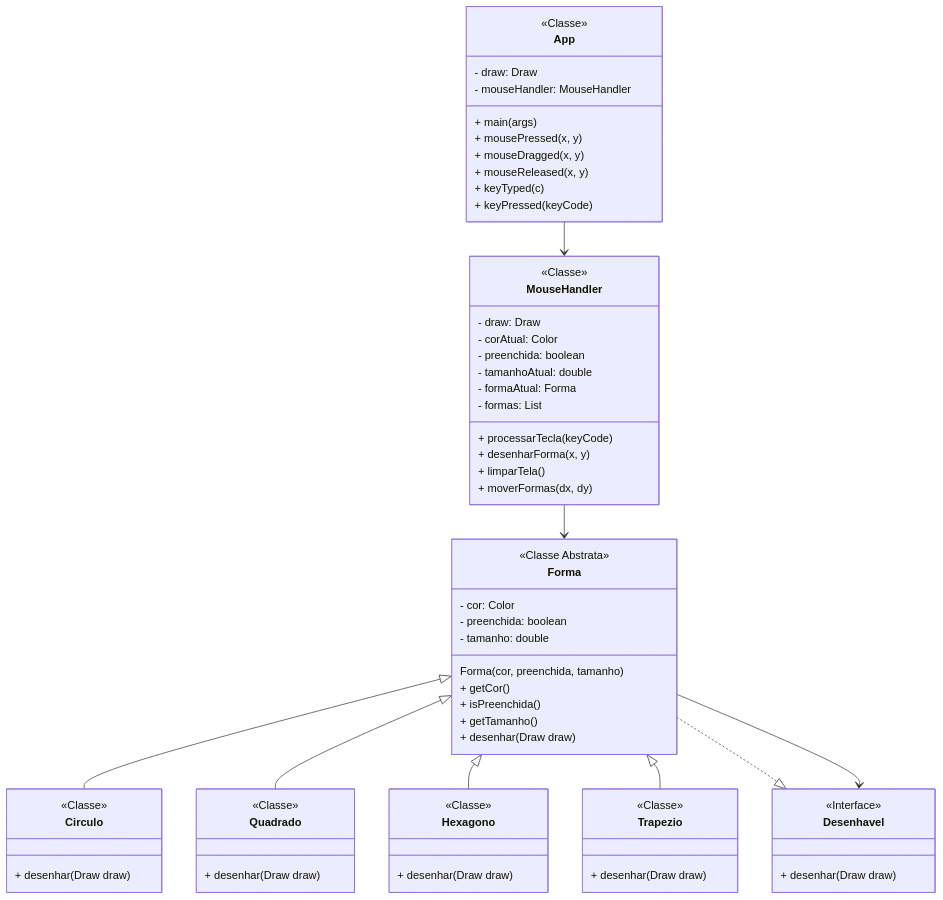
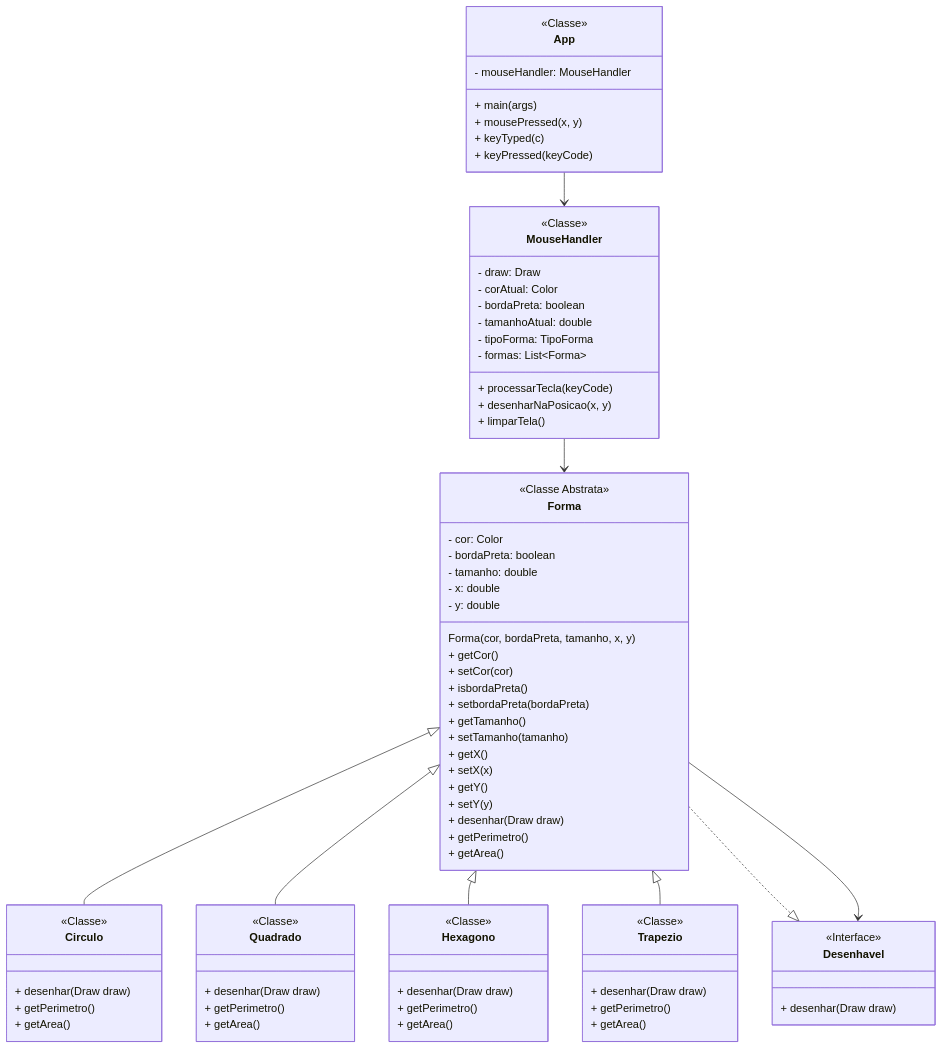
One commit to sergio-prolo-class/lista-4-ArthurOReis changed the diagram in readme.md. Above: the diagram before and after it, drawn with Mermaid.

Commit message:
Atualizando diagrama UML

````diff
--- a/readme.md
+++ b/readme.md
@@ -47,76 +47,91 @@
 ```mermaid
 classDiagram
-    class Desenhavel {
-        <<Interface>>
-        + desenhar(Draw draw)
-    }
+  class Desenhavel {
+    <<Interface>>
+    + desenhar(Draw draw)
+  }
 
-    class Forma {
-        <<Classe Abstrata>>
-        - cor: Color
-        - preenchida: boolean
-        - tamanho: double
-        Forma(cor, preenchida, tamanho)
-        + getCor()
-        + isPreenchida()
-        + getTamanho()
-        + desenhar(Draw draw)
-    }
+  class Forma {
+<<Classe Abstrata>>
+- cor: Color
+- bordaPreta: boolean
+- tamanho: double
+- x: double
+- y: double
+Forma(cor, bordaPreta, tamanho, x, y)
++ getCor()
++ setCor(cor)
++ isbordaPreta()
++ setbordaPreta(bordaPreta)
++ getTamanho()
++ setTamanho(tamanho)
++ getX()
++ setX(x)
++ getY()
++ setY(y)
++ desenhar(Draw draw)
++ getPerimetro()
++ getArea()
+}
 
-    Forma <|-- Circulo
-    Forma <|-- Quadrado
-    Forma <|-- Hexagono
-    Forma <|-- Trapezio
+Forma <|-- Circulo
+Forma <|-- Quadrado
+Forma <|-- Hexagono
+Forma <|-- Trapezio
 
-    class Circulo {
-        <<Classe>>
-        + desenhar(Draw draw)
-    }
+class Circulo {
+<<Classe>>
++ desenhar(Draw draw)
++ getPerimetro()
++ getArea()
+}
 
-    class Quadrado {
-        <<Classe>>
-        + desenhar(Draw draw)
-    }
+class Quadrado {
+<<Classe>>
++ desenhar(Draw draw)
++ getPerimetro()
++ getArea()
+}
 
-    class Hexagono {
-        <<Classe>>
-        + desenhar(Draw draw)
-    }
+class Hexagono {
+<<Classe>>
++ desenhar(Draw draw)
++ getPerimetro()
++ getArea()
+}
 
-    class Trapezio {
-        <<Classe>>
-        + desenhar(Draw draw)
-    }
+class Trapezio {
+<<Classe>>
++ desenhar(Draw draw)
++ getPerimetro()
++ getArea()
+}
 
-    Forma ..|> Desenhavel
+Forma ..|> Desenhavel
 
-    class MouseHandler {
-        <<Classe>>
-        - draw: Draw
-        - corAtual: Color
-        - preenchida: boolean
-        - tamanhoAtual: double
-        - formaAtual: Forma
-        - formas: List<Forma>
-        + processarTecla(keyCode)
-        + desenharForma(x, y)
-        + limparTela()
-        + moverFormas(dx, dy)
-    }
+class MouseHandler {
+<<Classe>>
+- draw: Draw
+- corAtual: Color
+- bordaPreta: boolean
+- tamanhoAtual: double
+- tipoForma: TipoForma
+- formas: List~Forma~
++ processarTecla(keyCode)
++ desenharNaPosicao(x, y)
++ limparTela()
+}
 
-    class App {
-        <<Classe>>
-        - draw: Draw
-        - mouseHandler: MouseHandler
-        + main(args)
-        + mousePressed(x, y)
-        + mouseDragged(x, y)
-        + mouseReleased(x, y)
-        + keyTyped(c)
-        + keyPressed(keyCode)
-    }
+class App {
+<<Classe>>
+- mouseHandler: MouseHandler
++ main(args)
++ mousePressed(x, y)
++ keyTyped(c)
++ keyPressed(keyCode)
+}
 
-    App --> MouseHandler
-    MouseHandler --> Forma
-    Forma --> Desenhavel
+App --> MouseHandler
+MouseHandler --> Forma
+Forma --> Desenhavel
 ```
````
